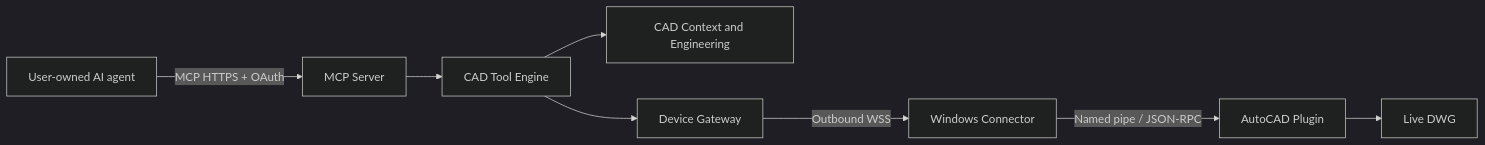
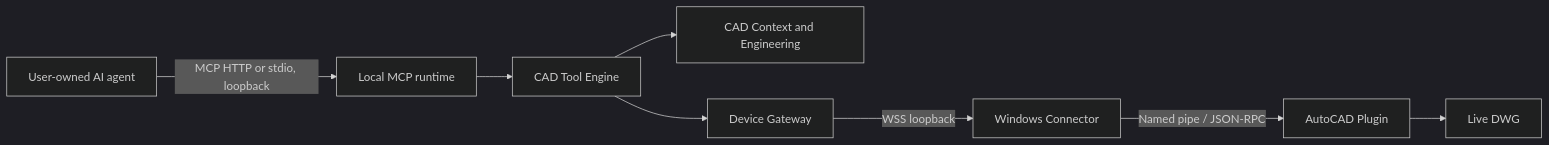
One commit to alephhq-tech/aleph-connector changed the diagram in docs/architecture.md. Above: the diagram before and after it, drawn with Mermaid (dark theme). The commit also changed other lines of this file and 30 other files, not shown here.

````diff
--- a/docs/architecture.md
+++ b/docs/architecture.md
@@ -11,10 +13,10 @@
 ```mermaid
 flowchart LR
-  A[User-owned AI agent] -->|MCP HTTPS + OAuth| M[MCP Server]
+  A[User-owned AI agent] -->|MCP HTTP or stdio, loopback| M[Local MCP runtime]
   M --> C[CAD Tool Engine]
   C --> S[CAD Context and Engineering]
   C --> G[Device Gateway]
-  G -->|Outbound WSS| W[Windows Connector]
+  G -->|WSS loopback| W[Windows Connector]
   W -->|Named pipe / JSON-RPC| P[AutoCAD Plugin]
   P --> D[Live DWG]
 ```
````
